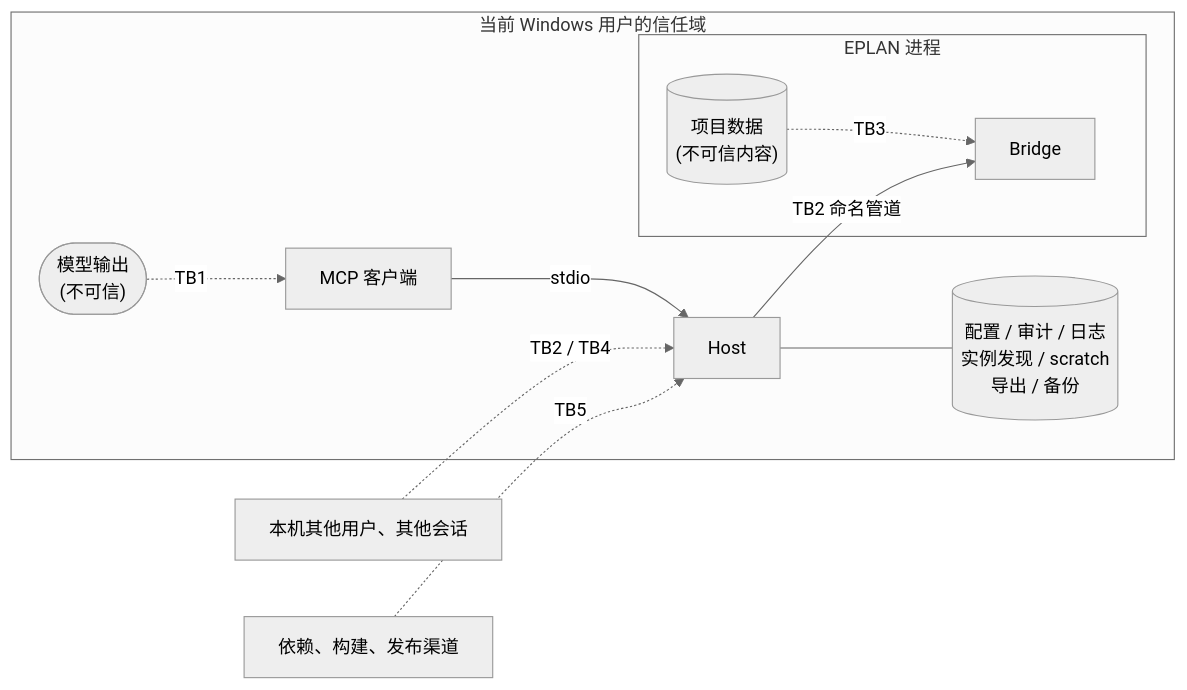
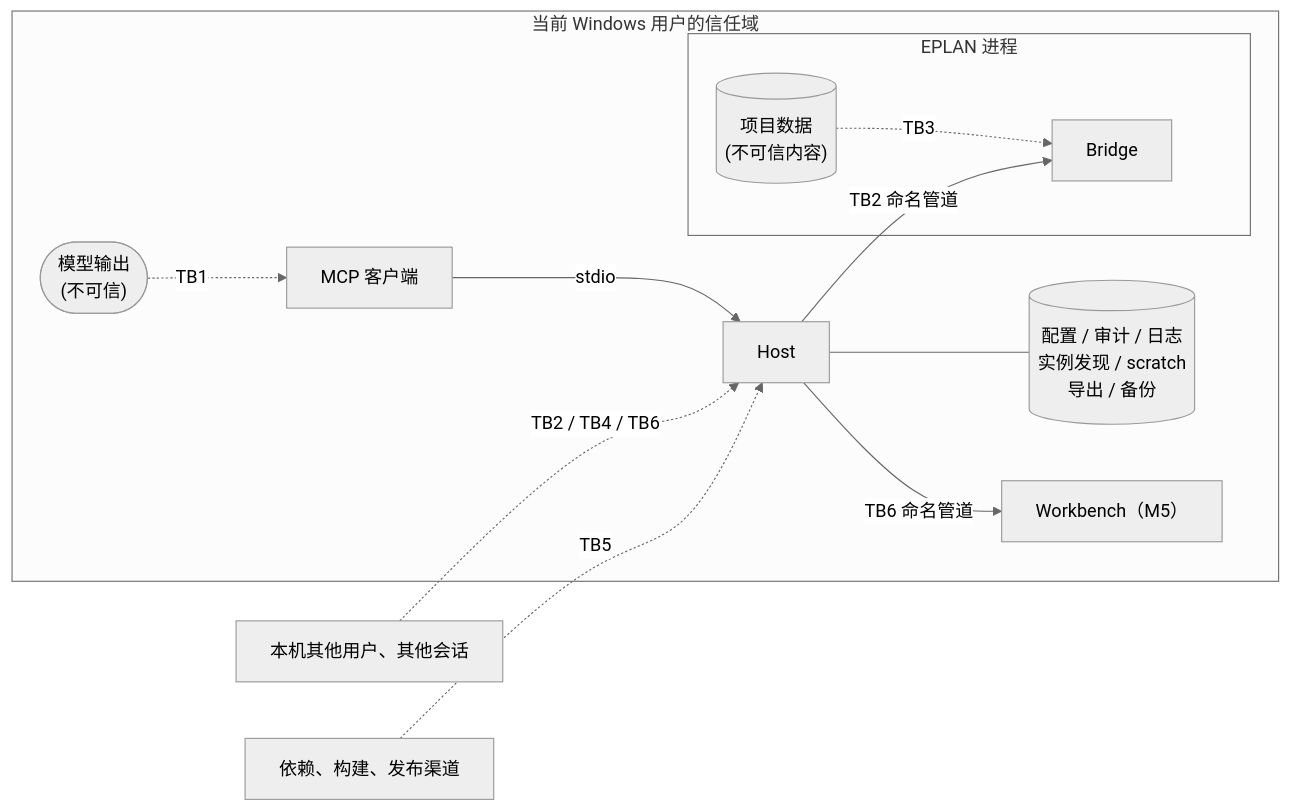
Before and after one commit to asckye/eplan-mcp: the diagram in docs/standards/security.md, drawn with Mermaid (neutral theme). The commit also changed other lines of this file, not shown here.

First line of the commit message:
docs: add the Workbench and installer threats T19-T23

````diff
--- a/docs/standards/security.md
+++ b/docs/standards/security.md
@@ -22,22 +22,24 @@
 ```mermaid
 flowchart LR
     subgraph user["当前 Windows 用户的信任域"]
         model(["模型输出<br/>(不可信)"])
         client["MCP 客户端"]
         host["Host"]
+        wb["Workbench（M5）"]
         files[("配置 / 审计 / 日志<br/>实例发现 / scratch<br/>导出 / 备份")]
         subgraph eplan["EPLAN 进程"]
             bridge["Bridge"]
             data[("项目数据<br/>(不可信内容)")]
         end
     end
     other["本机其他用户、其他会话"]
     supply["依赖、构建、发布渠道"]
 
     model -. TB1 .-> client -- stdio --> host
     host -- "TB2 命名管道" --> bridge
     data -. "TB3" .-> bridge
     host --- files
-    other -. "TB2 / TB4" .-> host
+    host -- "TB6 命名管道" --> wb
+    other -. "TB2 / TB4 / TB6" .-> host
     supply -. "TB5" .-> host
 ```
````
